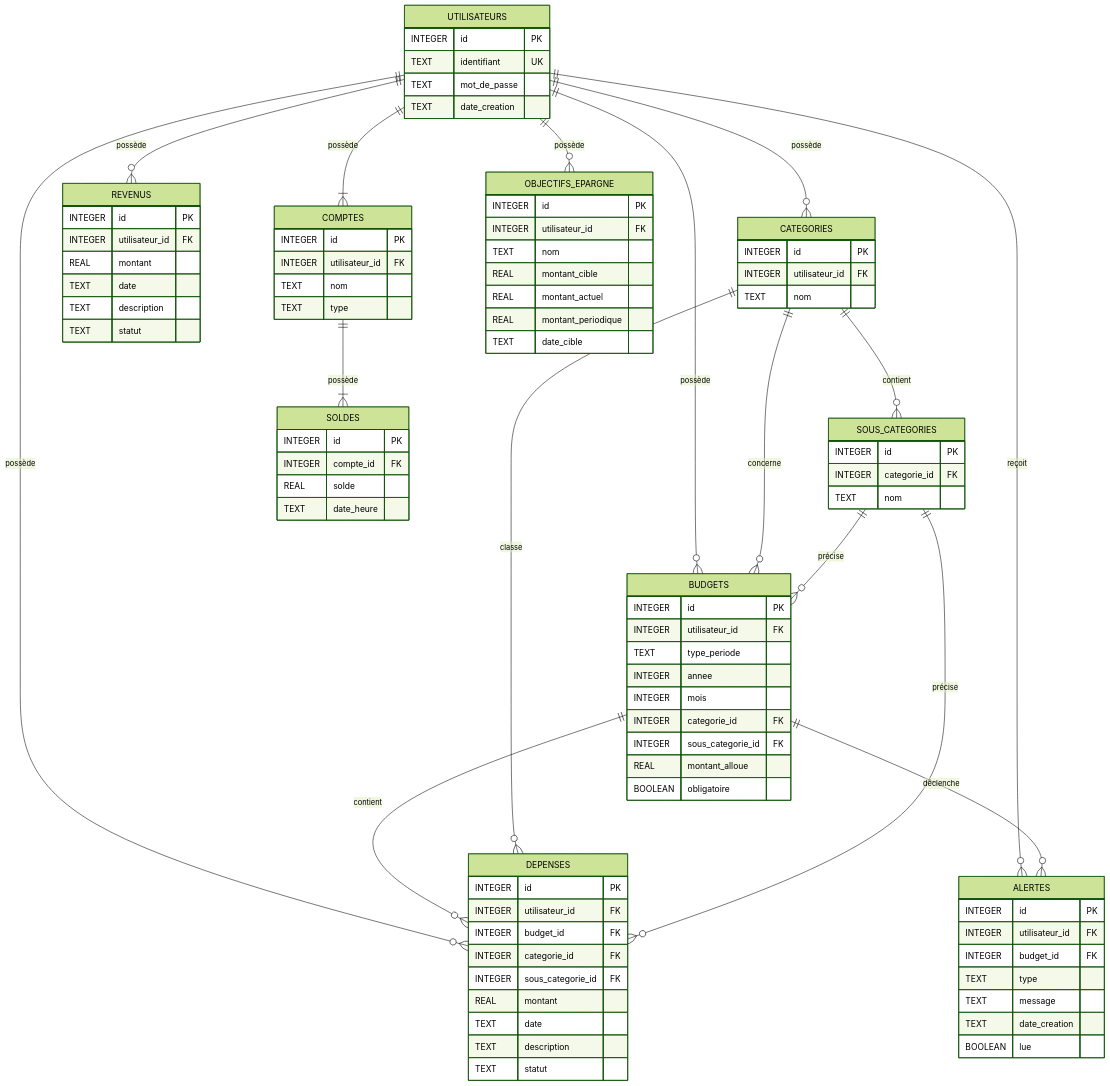
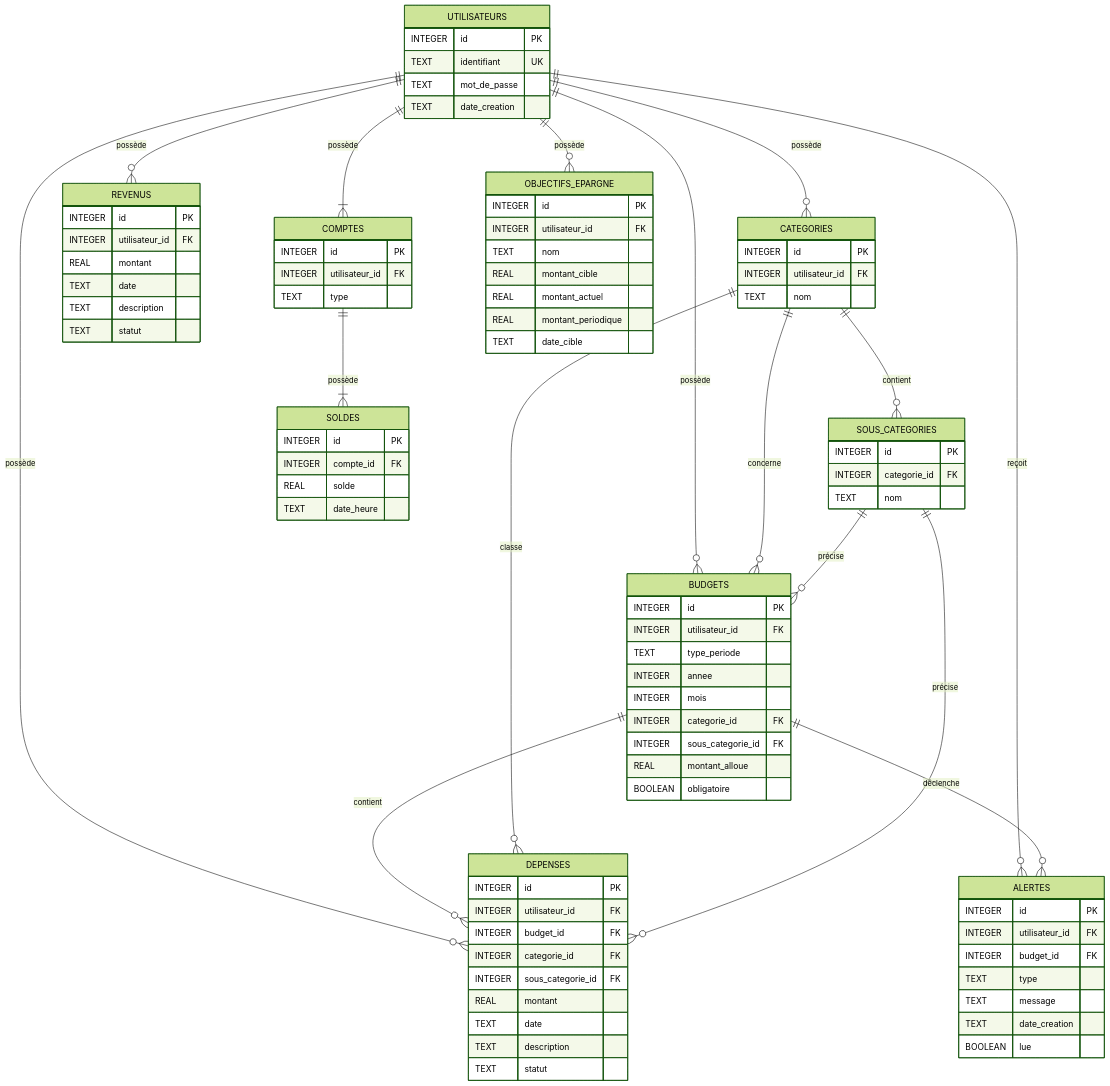
The diagram in docs/schéma_bdd.md (TheMuliama/plannification_budgetaire), drawn with Mermaid (forest theme) before and after one commit.

Commit message:
docs: modif `schéma_bdd`
Removed 'nom' field from COMPTES table definition.

```diff
--- a/docs/schéma_bdd.md
+++ b/docs/schéma_bdd.md
@@ -56,7 +56,6 @@
     COMPTES {
         INTEGER id PK
         INTEGER utilisateur_id FK
-        TEXT nom
         TEXT type
     }
 
```
